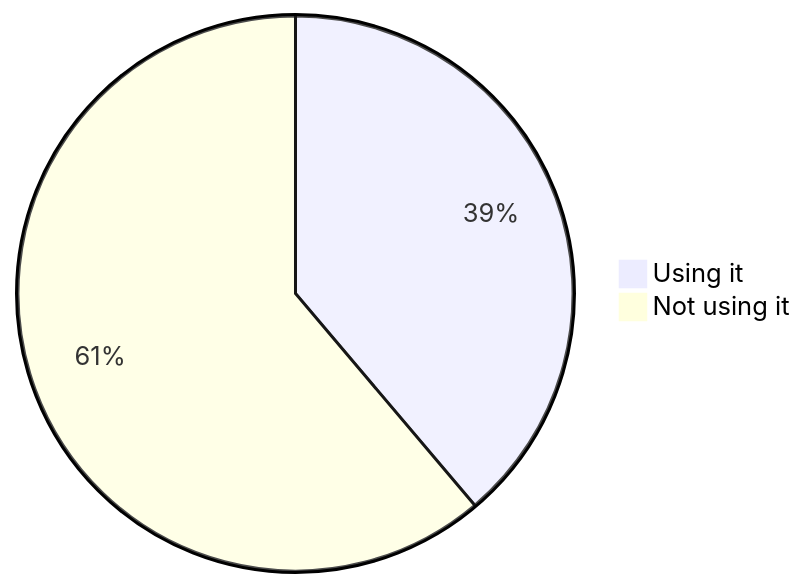
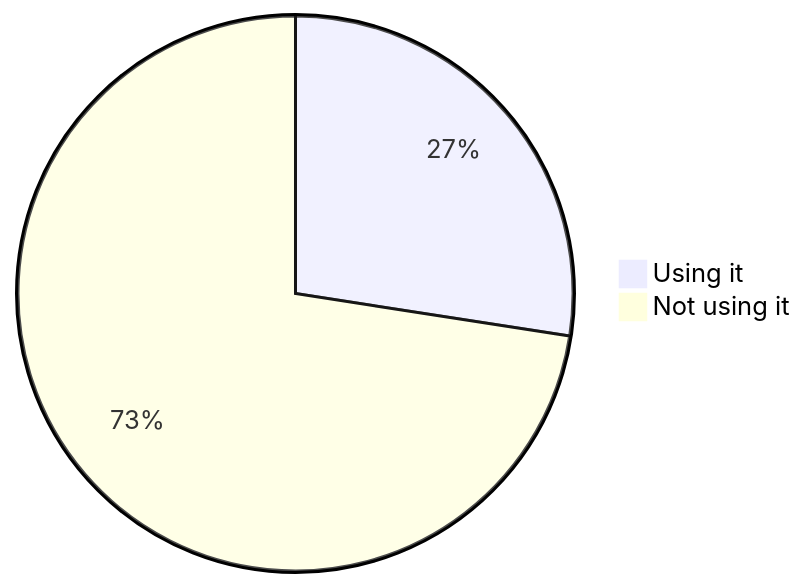
One commit to oshp/oshp-stats changed the third of 18 diagrams in stats.md. Above: the diagram before and after it, drawn with Mermaid. The commit also changed other lines of this file and 1 other file, not shown here.

````diff
--- a/stats.md
+++ b/stats.md
@@ -32,6 +32,6 @@
 ```mermaid
 pie
-	"Using it" : 38.82
-	"Not using it" : 61.18
+	"Using it" : 27.45
+	"Not using it" : 72.55
 
 ```
````
